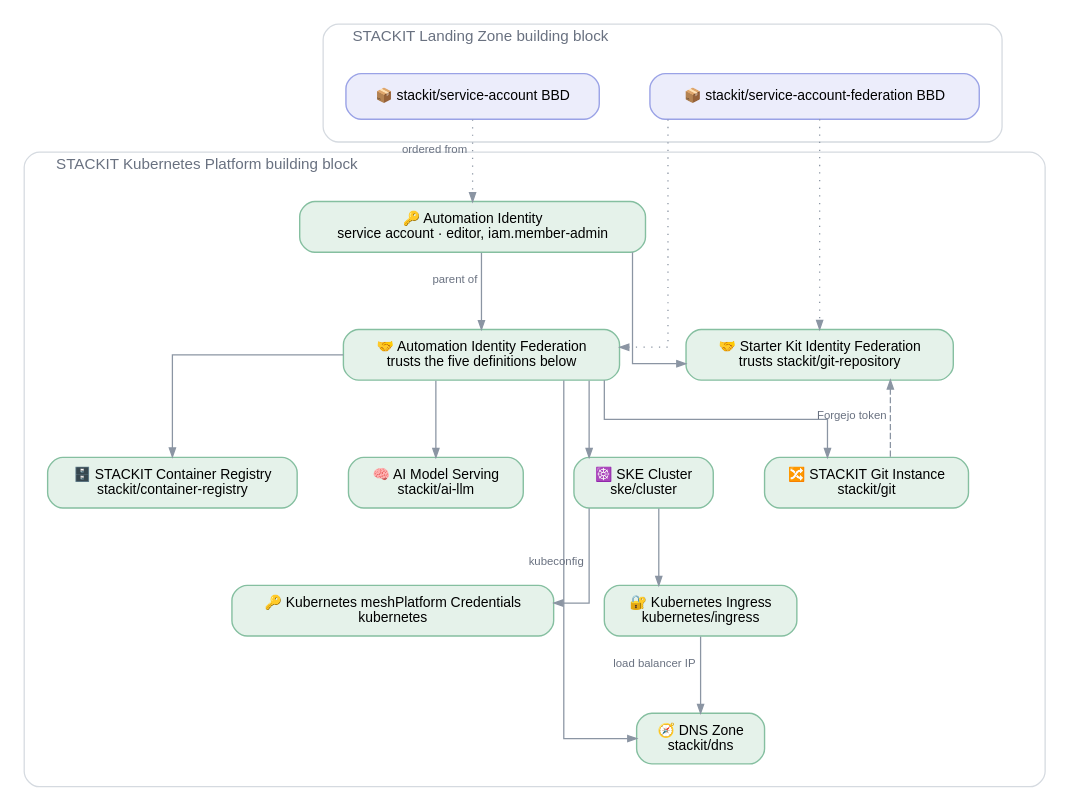
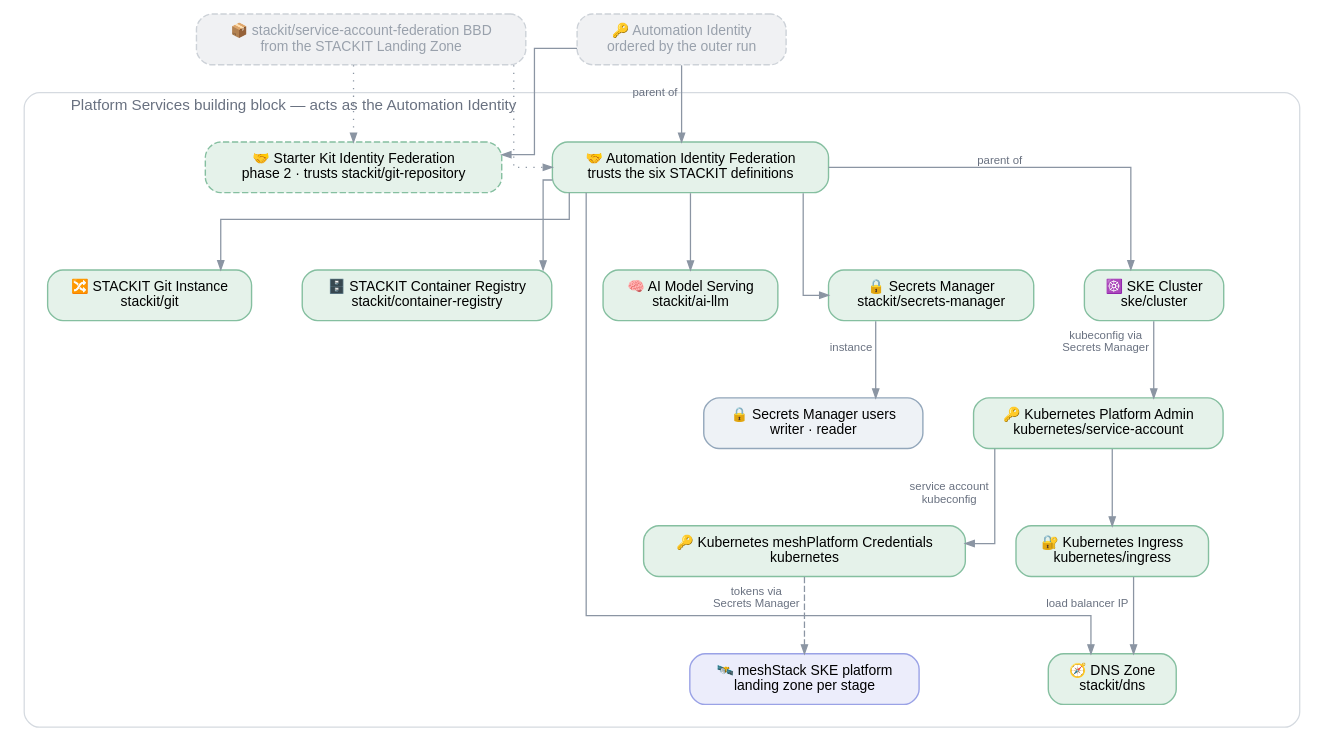
The diagram in reference-architectures/stackit-kubernetes/stackit-kubernetes-building-blocks.dot (meshcloud/meshstack-hub), drawn with Graphviz before and after one commit. The commit also changed 23 other files, not shown here.

```diff
--- a/reference-architectures/stackit-kubernetes/stackit-kubernetes-building-blocks.dot
+++ b/reference-architectures/stackit-kubernetes/stackit-kubernetes-building-blocks.dot
@@ -1,67 +1,69 @@
 /*
- * Building block tree of the STACKIT Kubernetes Platform building block.
+ * Building block tree of the nested Platform Services building block. The outer layer that orders
+ * it is described in README.md, not drawn here.
  * Conventions: .agents/references/diagrams.md — render with: task diagrams
  */
 digraph stackit_kubernetes_building_blocks {
   rankdir=TB
   splines=ortho
   forcelabels=true
   bgcolor="white"
   nodesep=0.55
   ranksep=0.85
 
   node [shape=box style="rounded,filled" fontname="Helvetica" fontsize=11
         fillcolor="#ffffff" color="#a2abb8" penwidth=1.1 margin="0.20,0.11"]
   edge [fontname="Helvetica" fontsize=9 fontcolor="#697180" color="#8b95a3" arrowsize=0.7]
 
-  subgraph cluster_lz {
-    label="  STACKIT Landing Zone building block"
+  // Context only: the landing zone's definition and the outer run's identity.
+  BBD_FED [label="📦 stackit/service-account-federation BBD\nfrom the STACKIT Landing Zone"
+           style="rounded,filled,dashed" fillcolor="#f0f1f3" color="#cdd2d8" fontcolor="#99a1ac"]
+  SA      [label="🔑 Automation Identity\nordered by the outer run"
+           style="rounded,filled,dashed" fillcolor="#f0f1f3" color="#cdd2d8" fontcolor="#99a1ac"]
+
+  { rank=same; BBD_FED -> SA [style=invis] }
+
+  subgraph cluster_platform {
+    label="  Platform Services building block — acts as the Automation Identity"
     labeljust=l
     fontname="Helvetica" fontsize=12 fontcolor="#697180"
     style="rounded" color="#d5dae0"
     margin=18
 
-    BBD_SA  [label="📦 stackit/service-account BBD" fillcolor="#ecedfb" color="#9aa2e6"]
-    BBD_FED [label="📦 stackit/service-account-federation BBD" fillcolor="#ecedfb" color="#9aa2e6"]
-
-    { rank=same; BBD_SA -> BBD_FED [style=invis] }
-  }
-
-  subgraph cluster_platform {
-    label="  STACKIT Kubernetes Platform building block"
-    labeljust=l
-    fontname="Helvetica" fontsize=12 fontcolor="#697180"
-    style="rounded" color="#d5dae0"
-    margin=18
-
-    SA      [label="🔑 Automation Identity\nservice account · editor, iam.member-admin" fillcolor="#e5f2ea" color="#85bfa0"]
-    FED     [label="🤝 Automation Identity Federation\ntrusts the five definitions below" fillcolor="#e5f2ea" color="#85bfa0"]
-    SKFED   [label="🤝 Starter Kit Identity Federation\ntrusts stackit/git-repository" fillcolor="#e5f2ea" color="#85bfa0"]
+    FED     [label="🤝 Automation Identity Federation\ntrusts the six STACKIT definitions" fillcolor="#e5f2ea" color="#85bfa0"]
+    SM      [label="🔒 Secrets Manager\nstackit/secrets-manager" fillcolor="#e5f2ea" color="#85bfa0"]
+    USERS   [label="🔒 Secrets Manager users\nwriter · reader" fillcolor="#eef2f6" color="#93a7bb"]
     CLUSTER [label="☸️ SKE Cluster\nske/cluster" fillcolor="#e5f2ea" color="#85bfa0"]
     GIT     [label="🔀 STACKIT Git Instance\nstackit/git" fillcolor="#e5f2ea" color="#85bfa0"]
     REG     [label="🗄️ STACKIT Container Registry\nstackit/container-registry" fillcolor="#e5f2ea" color="#85bfa0"]
     AI      [label="🧠 AI Model Serving\nstackit/ai-llm" fillcolor="#e5f2ea" color="#85bfa0"]
+    KSA     [label="🔑 Kubernetes Platform Admin\nkubernetes/service-account" fillcolor="#e5f2ea" color="#85bfa0"]
     CREDS   [label="🔑 Kubernetes meshPlatform Credentials\nkubernetes" fillcolor="#e5f2ea" color="#85bfa0"]
     ING     [label="🔐 Kubernetes Ingress\nkubernetes/ingress" fillcolor="#e5f2ea" color="#85bfa0"]
     DNS     [label="🧭 DNS Zone\nstackit/dns" fillcolor="#e5f2ea" color="#85bfa0"]
+    MP      [label="🛰️ meshStack SKE platform\nlanding zone per stage" fillcolor="#ecedfb" color="#9aa2e6"]
+    SKFED   [label="🤝 Starter Kit Identity Federation\nphase 2 · trusts stackit/git-repository"
+             style="rounded,filled,dashed" fillcolor="#e5f2ea" color="#85bfa0"]
 
-    { rank=same; CLUSTER -> GIT -> REG -> AI [style=invis] }
+    { rank=same; SM -> CLUSTER -> GIT -> REG -> AI [style=invis] }
     { rank=same; CREDS -> ING [style=invis] }
 
-    SA      -> FED     [xlabel="parent of"]
-    SA      -> SKFED
-    GIT     -> SKFED   [xlabel="Forgejo token" style=dashed constraint=false]
-    FED     -> CLUSTER
+    FED     -> CLUSTER [xlabel="parent of"]
     FED     -> GIT
     FED     -> REG
     FED     -> AI
-    CLUSTER -> CREDS   [xlabel="kubeconfig"]
-    CLUSTER -> ING
+    FED     -> SM
+    SM      -> USERS   [xlabel="instance"]
+    CLUSTER -> KSA     [xlabel="kubeconfig via\nSecrets Manager"]
+    KSA     -> CREDS   [xlabel="service account\nkubeconfig"]
+    KSA     -> ING
     ING     -> DNS     [xlabel="load balancer IP"]
     FED     -> DNS     [constraint=false]
+    CREDS   -> MP      [xlabel="tokens via\nSecrets Manager" style=dashed]
   }
 
-  BBD_SA  -> SA  [xlabel="ordered from" style=dotted]
-  BBD_FED -> FED [style=dotted]
+  SA      -> FED   [xlabel="parent of"]
+  SA      -> SKFED
+  BBD_FED -> FED   [style=dotted]
   BBD_FED -> SKFED [style=dotted]
 }
```
